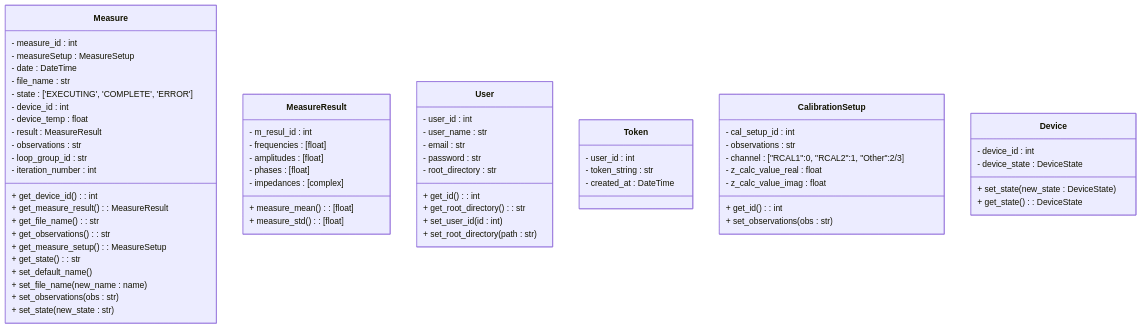
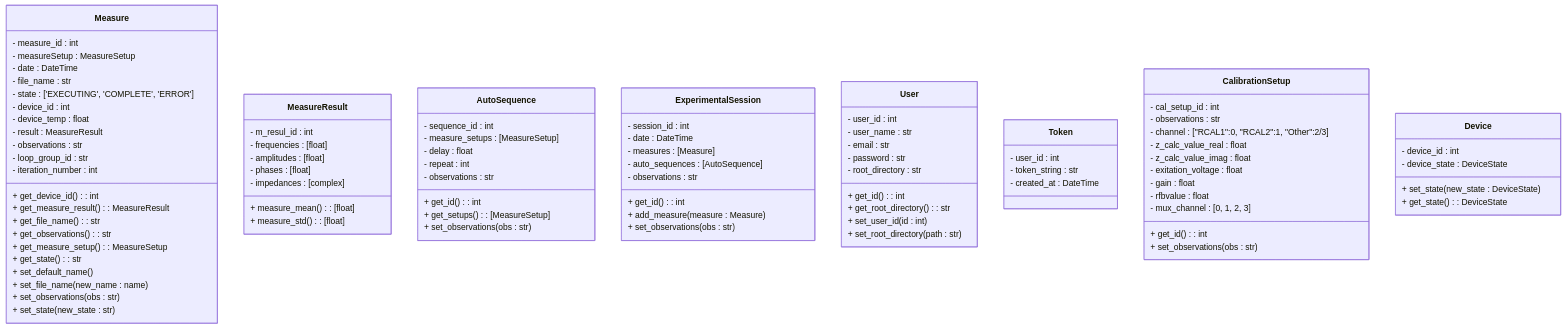
Before and after one commit to alegrelias/Repo-GMini: the seventh of 15 diagrams in Gmini-MarkDown/Diagramas/Diagramas de Clases.md, drawn with Mermaid. The commit also changed other lines of this file and 1 other file, not shown here.

Commit message:
Agregue una copia antigua del el diagrama de clases y modifique el nuevo segun los cambios correspondientes

```diff
--- a/Gmini-MarkDown/Diagramas/Diagramas de Clases.md
+++ b/Gmini-MarkDown/Diagramas/Diagramas de Clases.md
@@ -644,17 +669,17 @@
 	- observations : str
 	- loop_group_id : str
 	- iteration_number : int
-	  
+
 	%% getters
 	+ get_device_id() : int
 	+ get_measure_result() : MeasureResult
 	+ get_file_name() : str
 	+ get_observations() : str
 	+ get_measure_setup() : MeasureSetup
-	
+
 	+ get_state() : str
 	+ set_default_name()
-	
+
 	%% setters
 	+ set_file_name(new_name : name)
 	+ set_observations(obs : str)
@@ -672,7 +697,27 @@
 	+ measure_std() : [float]
 }
 
+class AutoSequence {
+	- sequence_id : int
+	- measure_setups : [MeasureSetup]
+	- delay : float
+	- repeat : int
+	- observations : str
+	+ get_id() : int
+	+ get_setups() : [MeasureSetup]
+	+ set_observations(obs : str)
+}
 
+class ExperimentalSession {
+	- session_id : int
+	- date : DateTime
+	- measures : [Measure]
+	- auto_sequences : [AutoSequence]
+	- observations : str
+	+ get_id() : int
+	+ add_measure(measure : Measure)
+	+ set_observations(obs : str)
+}
 
 %% usuario
 class User {
@@ -684,7 +729,7 @@
 	%% getters
 	+ get_id() : int
 	+ get_root_directory() : str
-	
+
 	%% setters
 	+ set_user_id(id : int)
 	+ set_root_directory(path : str)
@@ -703,9 +748,13 @@
 	- channel : ["RCAL1":0, "RCAL2":1, "Other":2/3]
 	- z_calc_value_real : float
 	- z_calc_value_imag : float
+	- exitation_voltage : float
+	- gain : float
+	- rfbvalue : float
+	- mux_channel : [0, 1, 2, 3]
 	%% getters
 	+ get_id() : int
-	
+
 	%% setters
 	+ set_observations(obs : str)
 }
```
